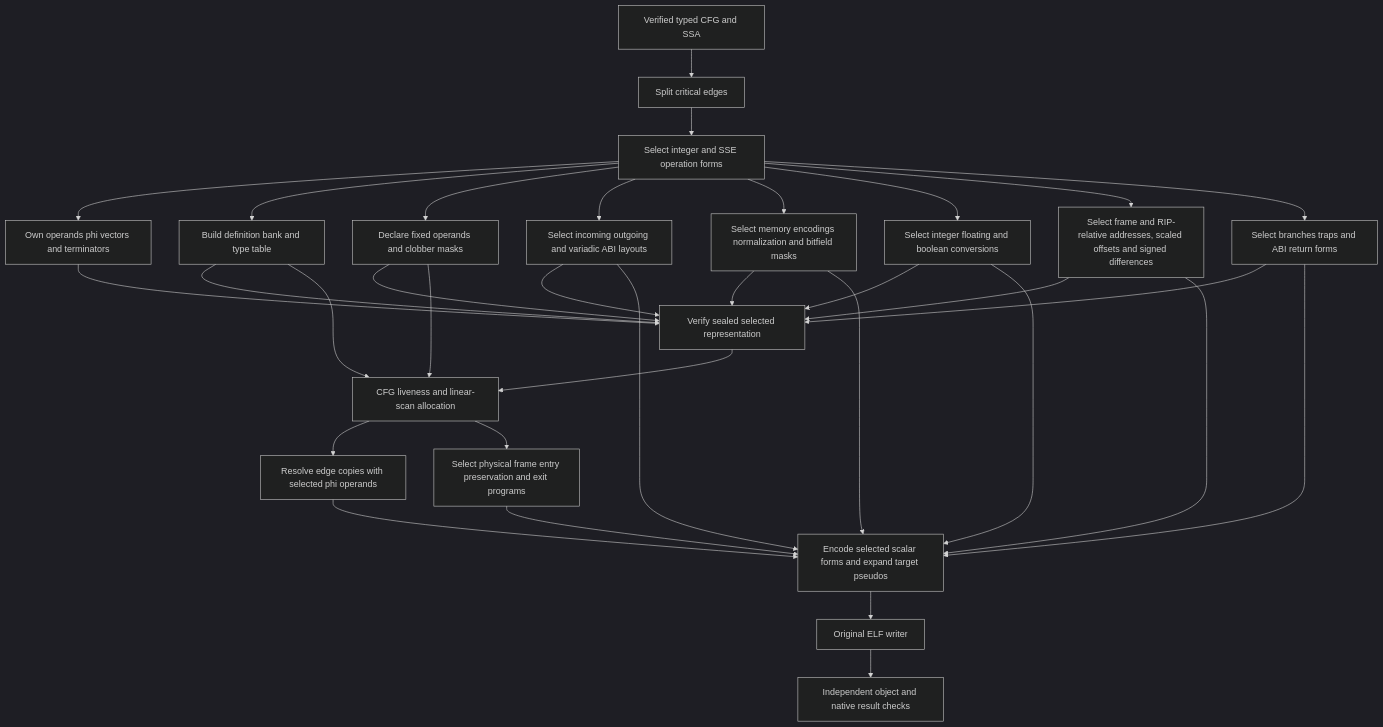
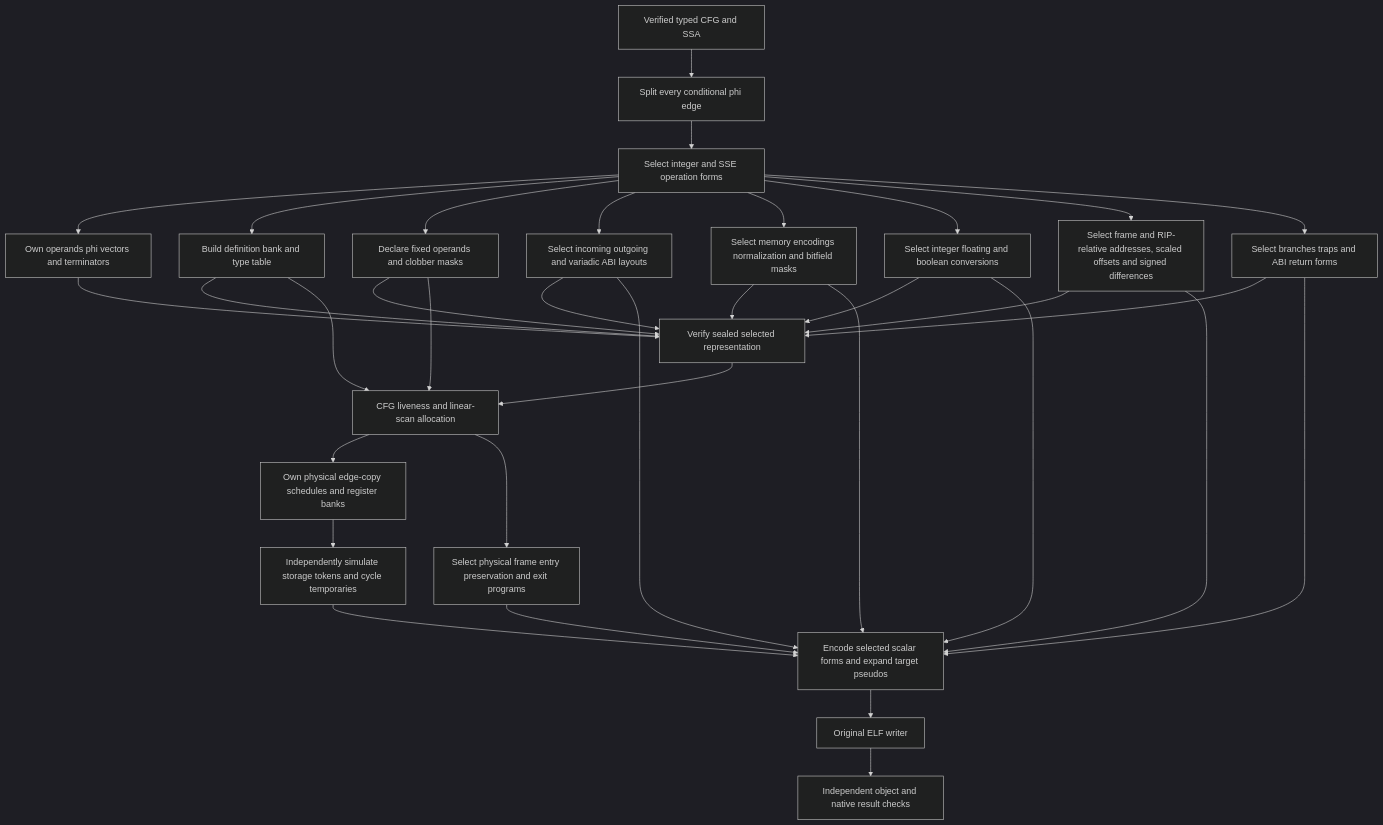
Before and after one commit to Aneesh495/cinder: the diagram in docs/diagrams/machine-selection.mmd, drawn with Mermaid (dark theme). The commit also changed 20 other files, not shown here.

Commit message:
Own allocated phi-copy schedules and verify simultaneous values

```diff
--- a/docs/diagrams/machine-selection.mmd
+++ b/docs/diagrams/machine-selection.mmd
@@ -1,33 +1,34 @@
 flowchart TD
-  IR[Verified typed CFG and SSA] --> EDGE[Split critical edges]
+  IR[Verified typed CFG and SSA] --> EDGE[Split every conditional phi edge]
   EDGE --> SELECT[Select integer and SSE operation forms]
   SELECT --> OWN[Own operands phi vectors and terminators]
   SELECT --> BANK[Build definition bank and type table]
   SELECT --> CONTRACT[Declare fixed operands and clobber masks]
   SELECT --> ABI[Select incoming outgoing and variadic ABI layouts]
   SELECT --> STORAGE[Select memory encodings normalization and bitfield masks]
   SELECT --> CONVERT[Select integer floating and boolean conversions]
   SELECT --> ADDRESS[Select frame and RIP-relative addresses, scaled offsets and signed differences]
   SELECT --> CONTROL[Select branches traps and ABI return forms]
   OWN --> VERIFY[Verify sealed selected representation]
   BANK --> VERIFY
   CONTRACT --> VERIFY
   ABI --> VERIFY
   STORAGE --> VERIFY
   CONVERT --> VERIFY
   ADDRESS --> VERIFY
   CONTROL --> VERIFY
   VERIFY --> LIVE[CFG liveness and linear-scan allocation]
   BANK --> LIVE
   CONTRACT --> LIVE
-  LIVE --> COPY[Resolve edge copies with selected phi operands]
+  LIVE --> COPY[Own physical edge-copy schedules and register banks]
   LIVE --> FRAME[Select physical frame entry preservation and exit programs]
-  COPY --> ENCODE[Encode selected scalar forms and expand target pseudos]
+  COPY --> TOKENS[Independently simulate storage tokens and cycle temporaries]
+  TOKENS --> ENCODE[Encode selected scalar forms and expand target pseudos]
   ABI --> ENCODE
   STORAGE --> ENCODE
   CONVERT --> ENCODE
   ADDRESS --> ENCODE
   CONTROL --> ENCODE
   FRAME --> ENCODE
   ENCODE --> ELF[Original ELF writer]
   ELF --> CHECK[Independent object and native result checks]
```
